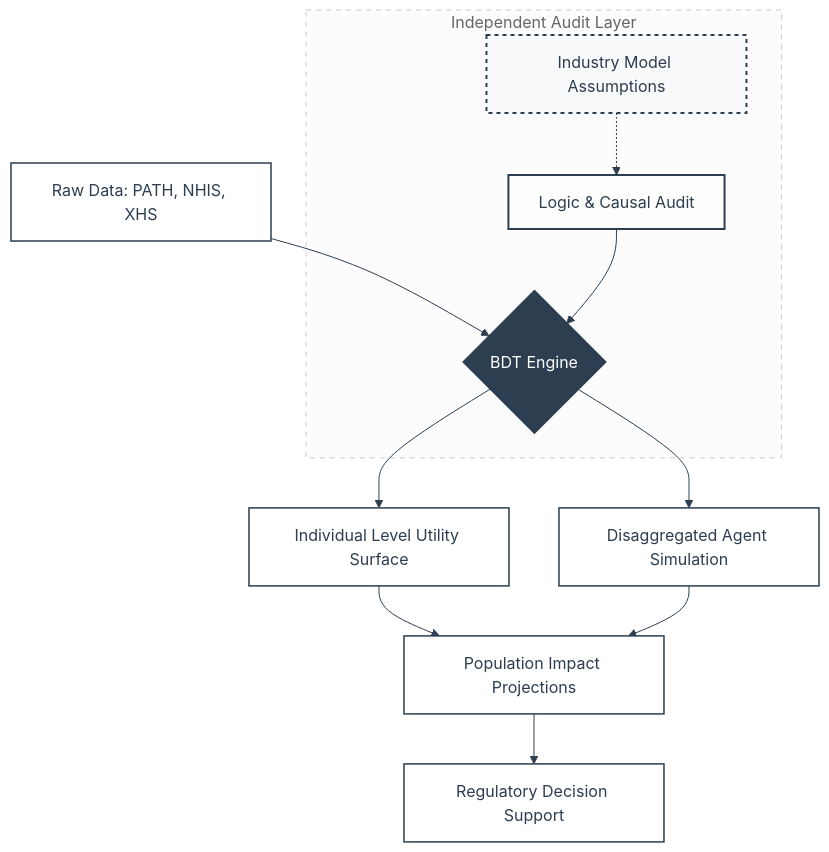
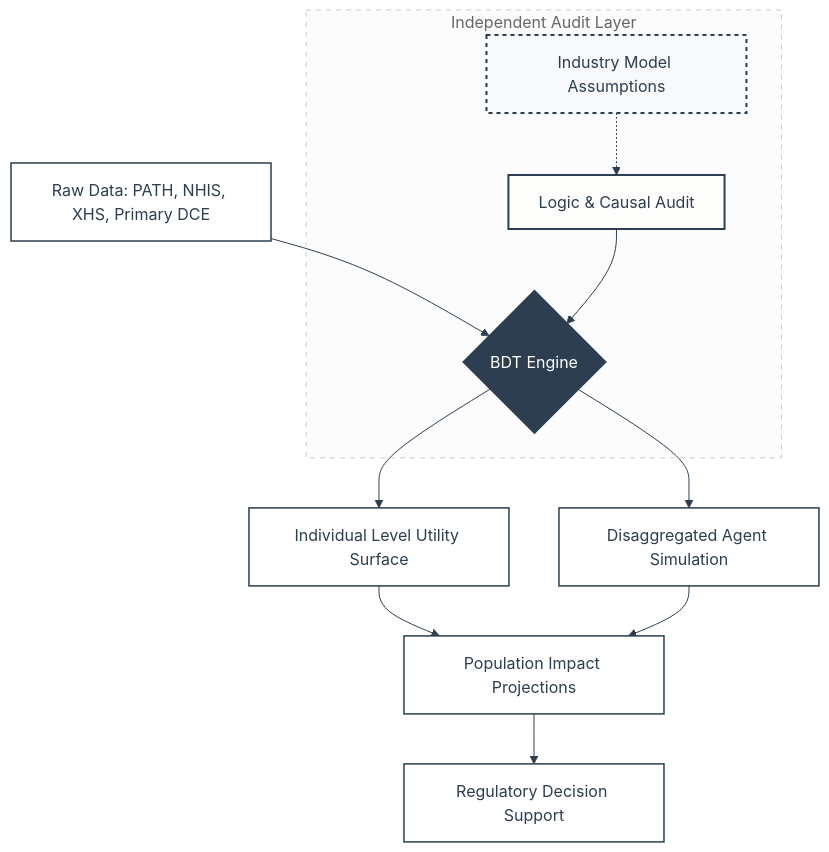
The diagram in index.qmd (yichao2022/Behavioral-Digital-Twin-Roadmap), drawn with Mermaid before and after one commit. The commit also changed 1 other file, not shown here.

Commit message:
feat: finalized BDT framework module and styling updates

````diff
--- a/index.qmd
+++ b/index.qmd
@@ -32,38 +32,38 @@
 ```{mermaid}
 %%{init: {'theme': 'base', 'themeVariables': { 'primaryColor': '#ffffff', 'primaryBorderColor': '#2c3e50', 'primaryTextColor': '#2c3e50', 'lineColor': '#2c3e50', 'clusterBkg': '#fdfdfb', 'clusterBorder': '#2c3e50', 'nodeBorder': '#2c3e50', 'mainBkg': '#ffffff', 'titleColor': '#2c3e50', 'fontFamily': 'Charter, Georgia, serif'}}}%%
 graph TD
     %% Node Definitions
-    A[Raw Data: PATH, NHIS, XHS]
+    A[Raw Data: PATH, NHIS, XHS, Primary DCE]
     B{BDT Engine}
     C[Individual Level Utility Surface]
     D[Disaggregated Agent Simulation]
     E[Population Impact Projections]
     F[Regulatory Decision Support]
     G[Industry Model Assumptions]
     H[Logic & Causal Audit]
 
     %% Connections
     A --> B
     B --> C
     B --> D
     C & D --> E
     E --> F
     
     subgraph Audit [Independent Audit Layer]
         G -.-> H
         H --> B
     end
     
     %% Academic Minimalist Styling
     classDef highlight fill:#f8f9fa,stroke:#2c3e50,stroke-width:2px,stroke-dasharray: 4 4,color:#2c3e50;
     classDef engine fill:#2c3e50,stroke:#2c3e50,stroke-width:2px,color:#ffffff;
     classDef audit fill:#fdfdfb,stroke:#2c3e50,stroke-width:2px,color:#2c3e50;
     classDef default fill:#ffffff,stroke:#2c3e50,stroke-width:1.5px,color:#2c3e50;
 
     class G highlight;
     class B engine;
     class H audit;
     class A,C,D,E,F default;
 
     style Audit fill:#fcfcfc,stroke:#ccc,stroke-width:1px,stroke-dasharray: 5 5,color:#666;
 ```
````
